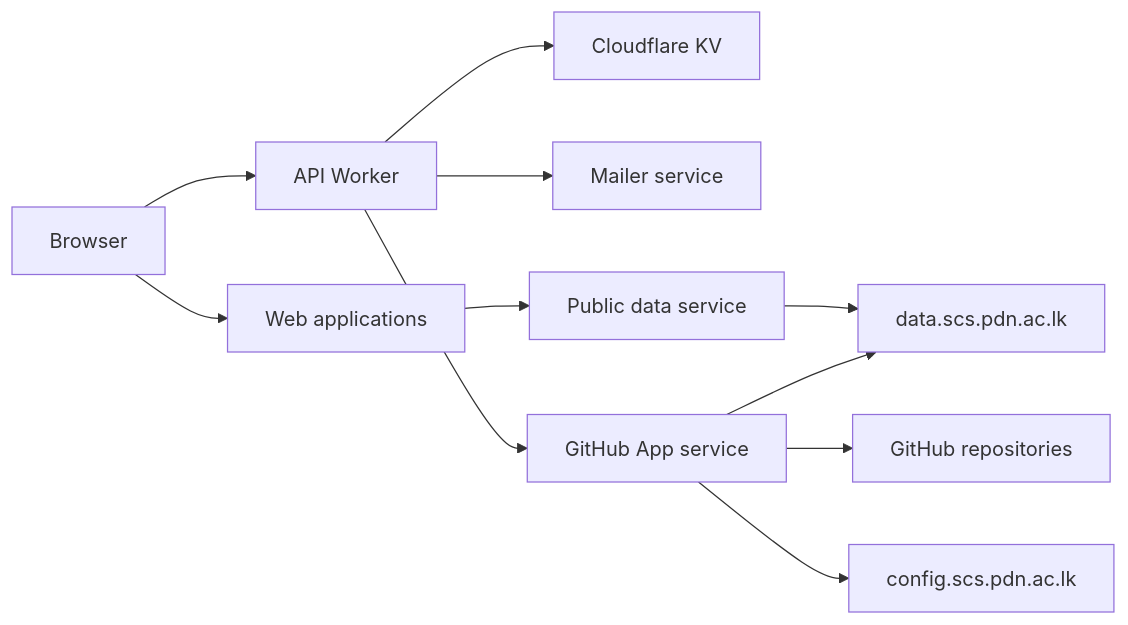
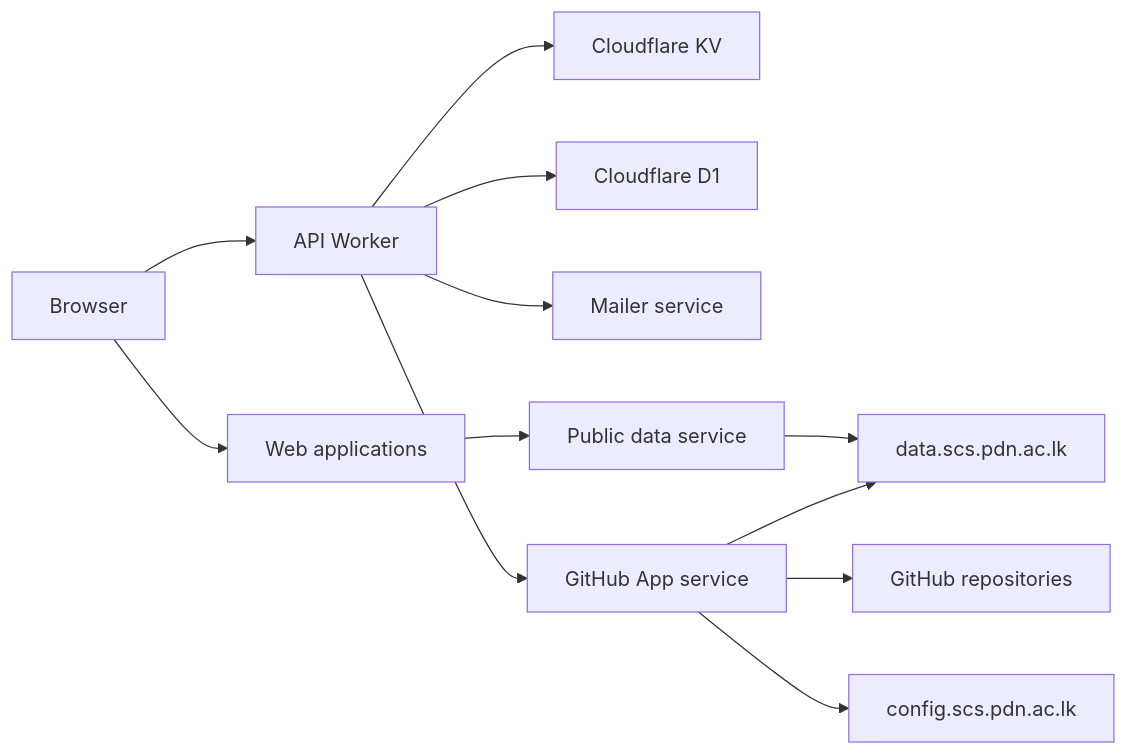
Before and after one commit to shamilaw-sci/CSC3213_20_Group_B: the diagram in docs/ARCHITECTURE.md, drawn with Mermaid. The commit also changed other lines of this file and 47 other files, not shown here.

````diff
--- a/docs/ARCHITECTURE.md
+++ b/docs/ARCHITECTURE.md
@@ -9,13 +9,14 @@
 ```mermaid
 flowchart LR
   Browser --> Web[Web applications]
   Browser --> API[API Worker]
   API --> KV[Cloudflare KV]
+  API --> D1[Cloudflare D1]
   API --> Mailer[Mailer service]
   API --> GitHubApp[GitHub App service]
   Web --> Data[Public data service]
   GitHubApp --> GitHub[GitHub repositories]
   Data --> DataRepo[data.scs.pdn.ac.lk]
   GitHubApp --> DataRepo
   GitHubApp --> ConfigRepo[config.scs.pdn.ac.lk]
 ```
````
